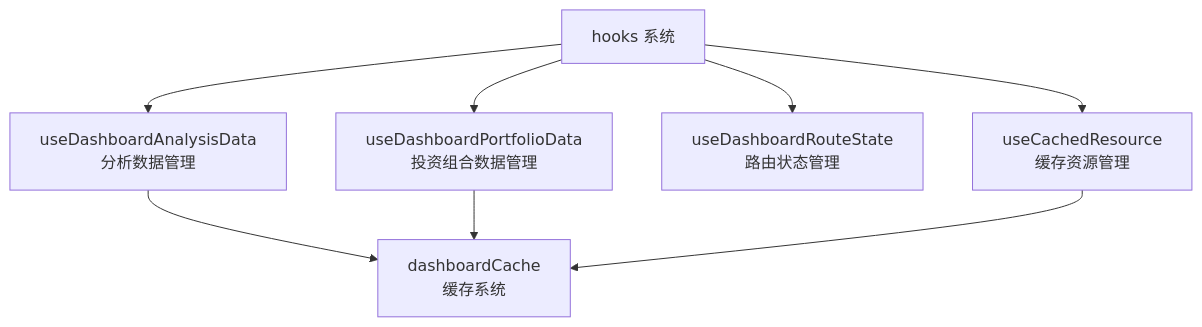
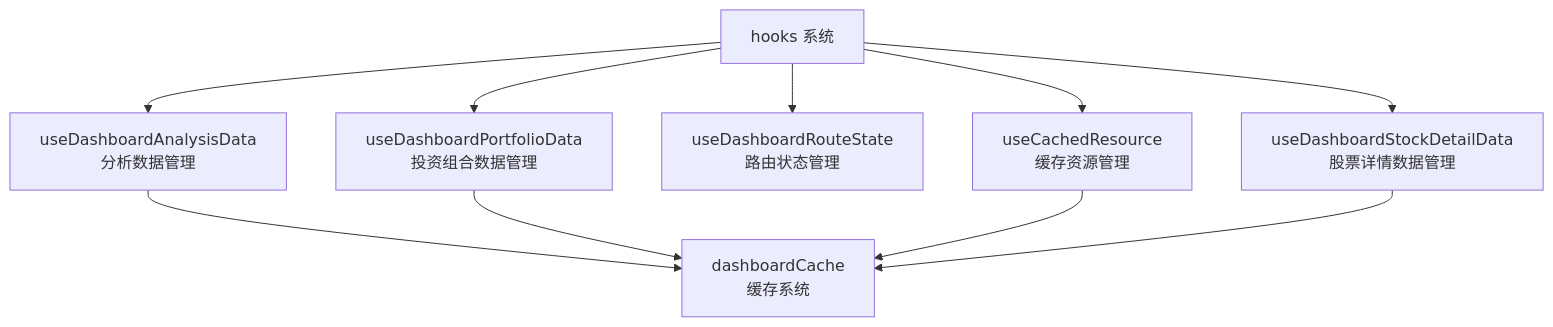
Before and after one commit to breeze-lyf/ai-stock-advisor: the sixth of 15 diagrams in .qoder/repowiki/zh/content/投资组合管理/前端集成与展示/前端集成与展示.md, drawn with Mermaid. The commit also changed other lines of this file and 43 other files, not shown here.

Commit message:
feat: Enhance AI analysis service, update market data providers, and refactor stock detail UI with new analysis components.

````diff
--- a/.qoder/repowiki/zh/content/投资组合管理/前端集成与展示/前端集成与展示.md
+++ b/.qoder/repowiki/zh/content/投资组合管理/前端集成与展示/前端集成与展示.md
@@ -279,16 +319,19 @@
 ```mermaid
 graph TB
 Hooks["hooks 系统"]
 UDA["useDashboardAnalysisData<br/>分析数据管理"]
 UDP["useDashboardPortfolioData<br/>投资组合数据管理"]
 UDRS["useDashboardRouteState<br/>路由状态管理"]
 UCR["useCachedResource<br/>缓存资源管理"]
 DC["dashboardCache<br/>缓存系统"]
+UDSD["useDashboardStockDetailData<br/>股票详情数据管理"]
 Hooks --> UDA
 Hooks --> UDP
 Hooks --> UDRS
 Hooks --> UCR
+Hooks --> UDSD
 UDA --> DC
 UDP --> DC
 UCR --> DC
+UDSD --> DC
 ```
````
